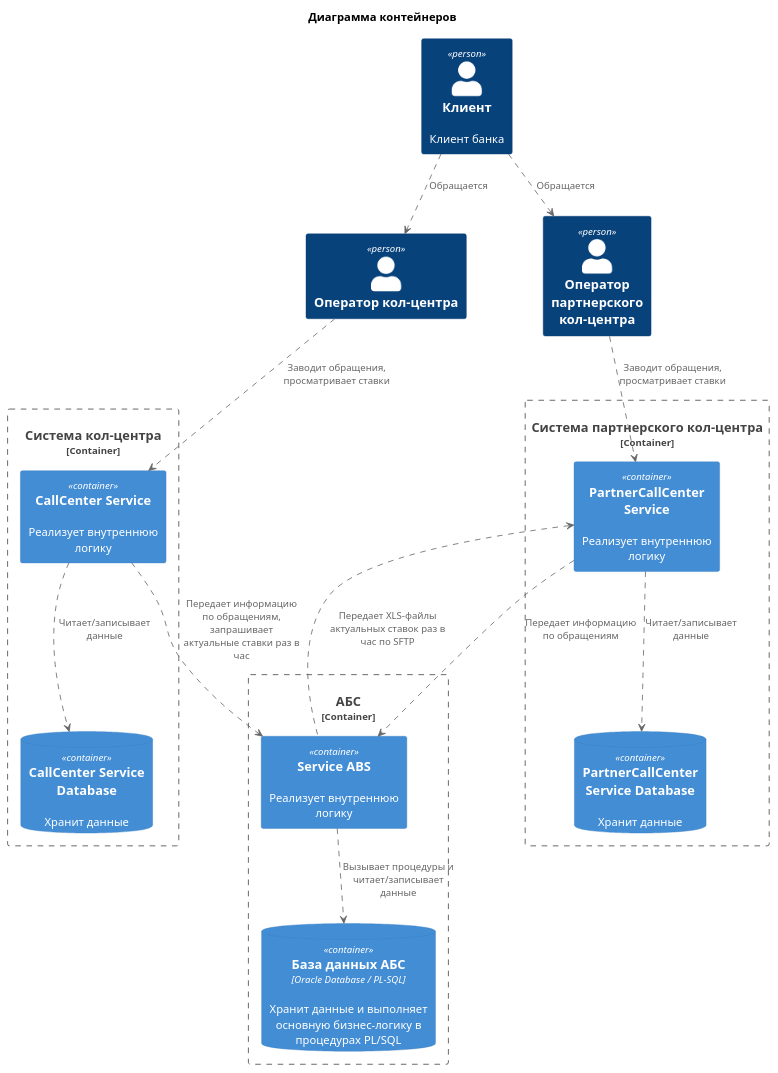
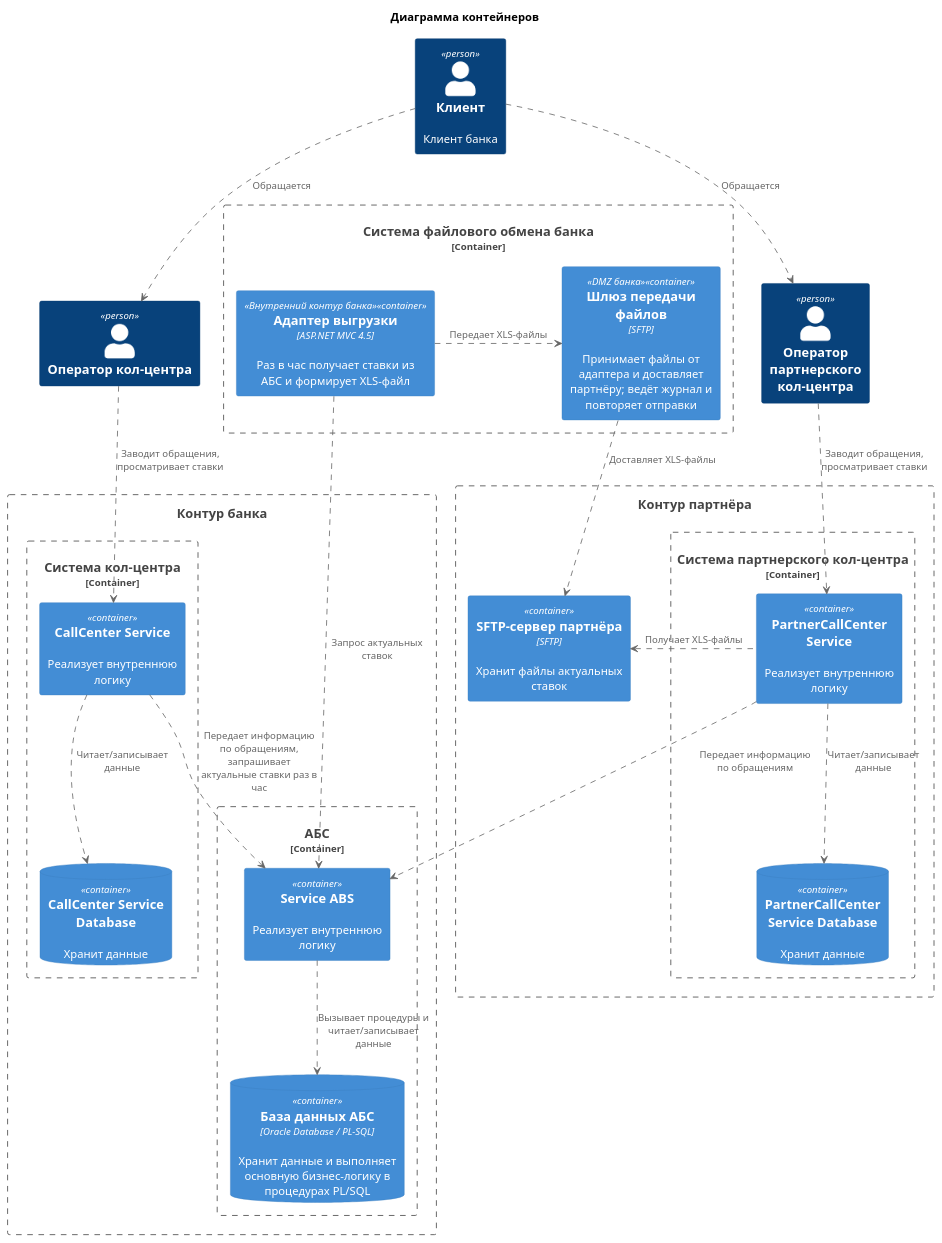
The diagram in Task4/diagrams/container.puml (PAKETIKk/architecture-standart), drawn with PlantUML before and after one commit. The commit also changed 11 other files, not shown here.

```diff
--- a/Task4/diagrams/container.puml
+++ b/Task4/diagrams/container.puml
@@ -1,41 +1,58 @@
 @startuml 
 title Диаграмма контейнеров
 !include ./uml-lib/C4_Container.puml 
 ' Пользователи
 Person(user, "Клиент", "Клиент банка")
 Person(operator, "Оператор кол-центра")
 Person(partnerOperator, "Оператор партнерского кол-центра")
 ' Системы
-Container_Boundary(ABS, "АБС"){
-    ' Сервисы
-    Container(absService, "Service ABS", "", "Реализует внутреннюю логику")
-    ContainerDb(absDb, "База данных АБС", "Oracle Database / PL-SQL", "Хранит данные и выполняет основную бизнес-логику в процедурах PL/SQL")
-    ' Связи
-    absService ..> absDb: "Вызывает процедуры и читает/записывает данные"
+Container_Boundary(fileExchange, "Система файлового обмена банка"){
+    Container(exportAdapter, "Адаптер выгрузки", "ASP.NET MVC 4.5", "Раз в час получает ставки из АБС и формирует XLS-файл", $tags="Внутренний контур банка")
+    Container(fileGateway, "Шлюз передачи файлов", "SFTP", "Принимает файлы от адаптера и доставляет партнёру; ведёт журнал и повторяет отправки", $tags="DMZ банка")
 }
-Container_Boundary(callCenter, "Система кол-центра"){
-    ' Сервисы
-    Container(callCenterService, "СallCenter Service", "", "Реализует внутреннюю логику")
-    ContainerDb(callCenterDb, "СallCenter Service Database", "", "Хранит данные")
-    ' Связи
-    callCenterService ..> callCenterDb: "Читает/записывает данные"
+Boundary(system, "Контур банка"){
+    Container_Boundary(ABS, "АБС"){
+        ' Сервисы
+        Container(absService, "Service ABS", "", "Реализует внутреннюю логику")
+        ContainerDb(absDb, "База данных АБС", "Oracle Database / PL-SQL", "Хранит данные и выполняет основную бизнес-логику в процедурах PL/SQL")
+        ' Связи
+        absService ..> absDb: "Вызывает процедуры и читает/записывает данные"
+    }
+    Container_Boundary(callCenter, "Система кол-центра"){
+        ' Сервисы
+        Container(callCenterService, "СallCenter Service", "", "Реализует внутреннюю логику")
+        ContainerDb(callCenterDb, "СallCenter Service Database", "", "Хранит данные")
+        ' Связи
+        callCenterService ..> callCenterDb: "Читает/записывает данные"
+    }
+    exportAdapter ..> absService: "Запрос актуальных ставок"
 }
-Container_Boundary(partnerCallCenter, "Система партнерского кол-центра"){
-    ' Сервисы
-    Container(partnerCallCenterService, "PartnerCallCenter Service", "", "Реализует внутреннюю логику")
-    ContainerDb(partnerCallCenterDb, "PartnerCallCenter Service Database", "", "Хранит данные")
-    ' Связи
-    partnerCallCenterService ..> partnerCallCenterDb: "Читает/записывает данные"
+Boundary(partnerNetwork, "Контур партнёра") {
+    Container(partnerSftp, "SFTP-сервер партнёра", "SFTP", "Хранит файлы актуальных ставок")
+
+    Container_Boundary(partnerCallCenter, "Система партнерского кол-центра"){
+        ' Сервисы
+        Container(partnerCallCenterService, "PartnerCallCenter Service", "", "Реализует внутреннюю логику")
+        ContainerDb(partnerCallCenterDb, "PartnerCallCenter Service Database", "", "Хранит данные")
+        ' Связи
+        partnerCallCenterService ..> partnerCallCenterDb: "Читает/записывает данные"
+    }
+
+    partnerCallCenterService .left.> partnerSftp: "Получает XLS-файлы"
 }
+' exportAdapter -[hidden]right- fileGateway
+' partnerSftp -[hidden]left- fileGateway
 ' Взаимодействия
 user ..> operator: "Обращается"
 user ..> partnerOperator: "Обращается"
 
 operator ..> callCenterService: "Заводит обращения, просматривает ставки"
 callCenterService ..> absService: "Передает информацию по обращениям, запрашивает актуальные ставки раз в час"
 
 partnerOperator ..> partnerCallCenterService: "Заводит обращения, просматривает ставки"
 partnerCallCenterService ..> absService: "Передает информацию по обращениям"
 
-absService .up.> partnerCallCenterService: "Передает XLS-файлы актуальных ставок раз в час по SFTP"
+exportAdapter .right.> fileGateway: "Передает XLS-файлы"
+fileGateway ..> partnerSftp: "Доставляет XLS-файлы"
+' absService .up.> partnerCallCenterService: "Передает XLS-файлы актуальных ставок раз в час по SFTP"
 @enduml
```
